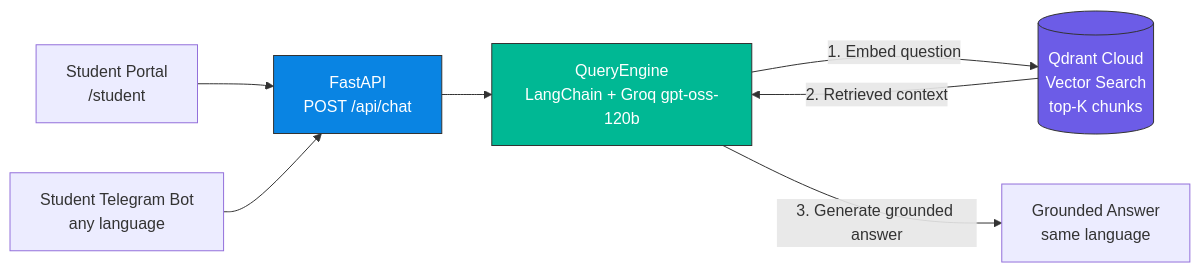
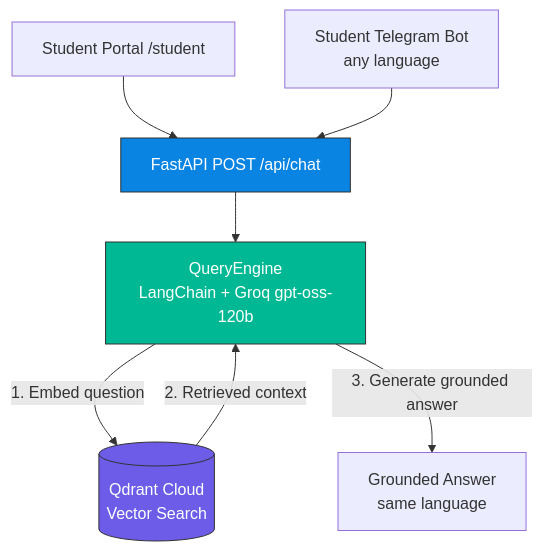
Before and after one commit to Kamal-Nayan-Kumar/campus_saathi: the second of 3 diagrams in README.md, drawn with Mermaid. The commit also changed other lines of this file, not shown here.

Commit message:
fix: switch mermaid to TD layout so GitHub toolbar does not cover nodes

````diff
--- a/README.md
+++ b/README.md
@@ -61,13 +59,13 @@
 ```mermaid
-flowchart LR
-    S1[Student Portal<br>/student] --> API2[FastAPI<br/>POST /api/chat]
+flowchart TD
+    S1[Student Portal /student] --> API2[FastAPI POST /api/chat]
     S2[Student Telegram Bot<br/>any language] --> API2
     API2 --> Q[QueryEngine<br/>LangChain + Groq gpt-oss-120b]
-    Q -->|1. Embed question| V[(Qdrant Cloud<br/>Vector Search<br/>top-K chunks)]
+    Q -->|1. Embed question| V[(Qdrant Cloud<br/>Vector Search)]
     V -->|2. Retrieved context| Q
     Q -->|3. Generate grounded answer| A[Grounded Answer<br/>same language]
 
     style V fill:#6C5CE7,stroke:#333,color:#fff
     style Q fill:#00B894,stroke:#333,color:#fff
     style API2 fill:#0984E3,stroke:#333,color:#fff
 ```
````
